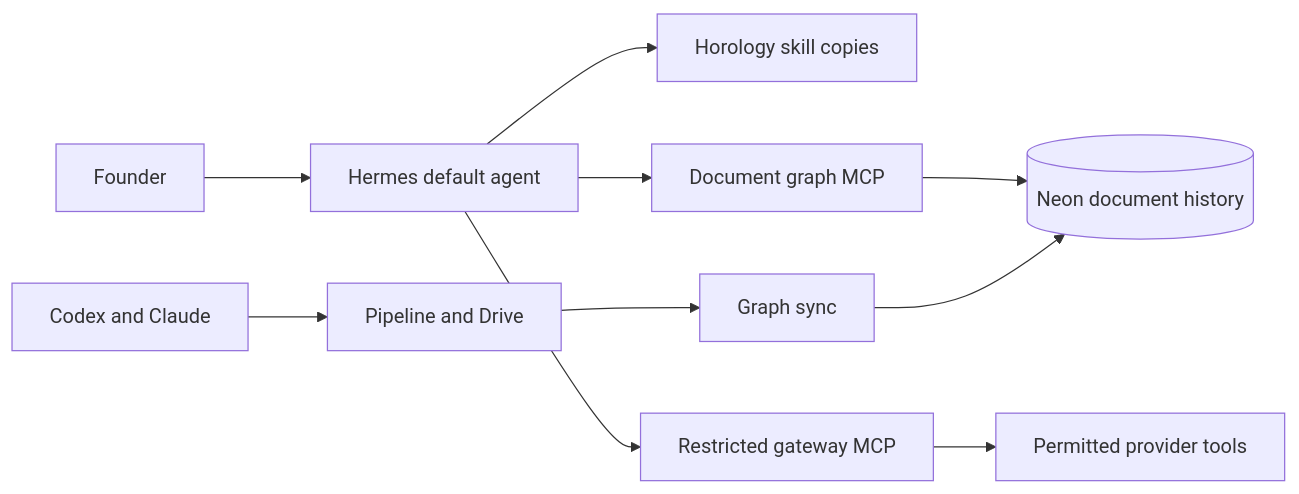
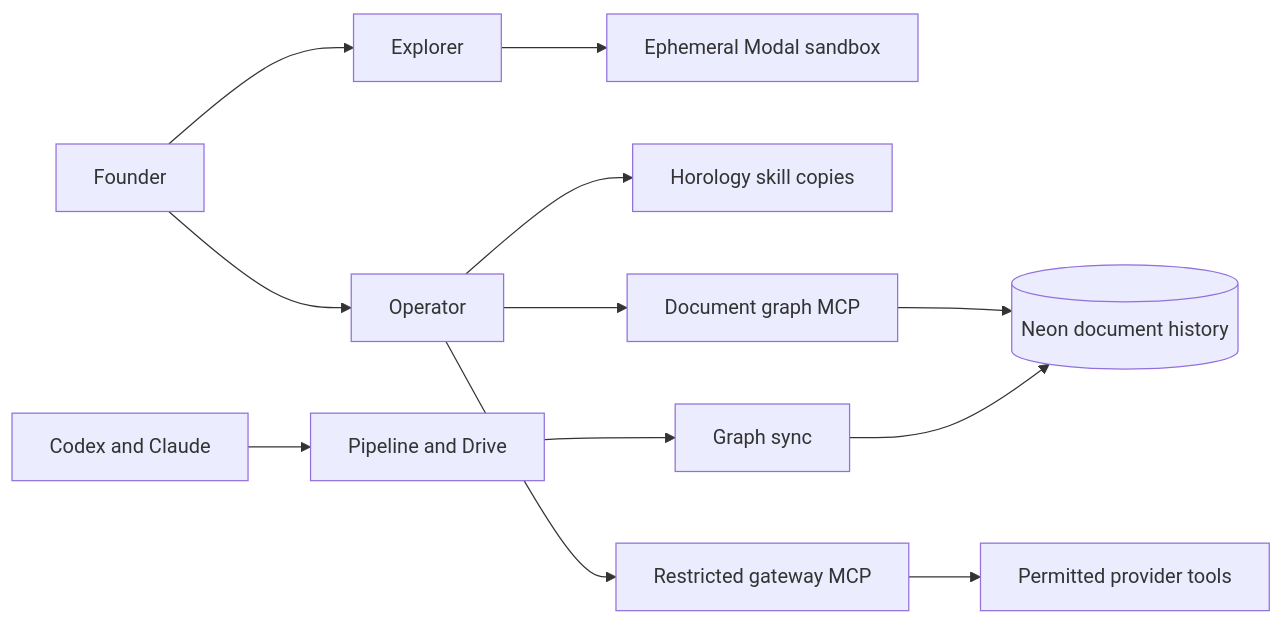
The diagram in docs/architecture/hermes/hermes-agents.md (Welladino/Horology), drawn with Mermaid before and after one commit. The commit also changed other lines of this file and 3 other files, not shown here.

````diff
--- a/docs/architecture/hermes/hermes-agents.md
+++ b/docs/architecture/hermes/hermes-agents.md
@@ -5,22 +5,26 @@
 ```mermaid
 flowchart LR;
   founder[Founder];
-  hermes[Hermes default agent];
+  hermes[Operator];
+  explorer[Explorer];
+  modal[Ephemeral Modal sandbox];
   skills[Horology skill copies];
   docGraph[Document graph MCP];
   gateway[Restricted gateway MCP];
   neon[(Neon document history)];
   providers[Permitted provider tools];
   codex[Codex and Claude];
   sheets[Pipeline and Drive];
   sync[Graph sync];
   founder --> hermes;
+  founder --> explorer;
+  explorer --> modal;
   hermes --> skills;
   hermes --> docGraph;
   hermes --> gateway;
   docGraph --> neon;
   gateway --> providers;
   codex --> sheets;
   sheets --> sync;
   sync --> neon;
 ```
````
